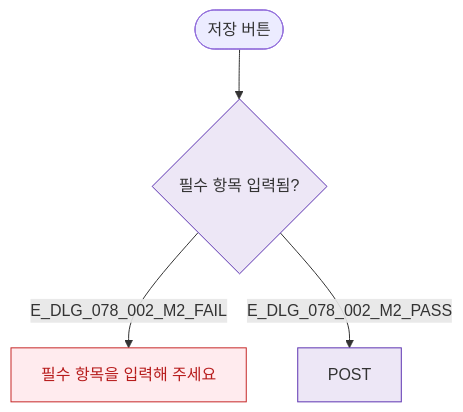
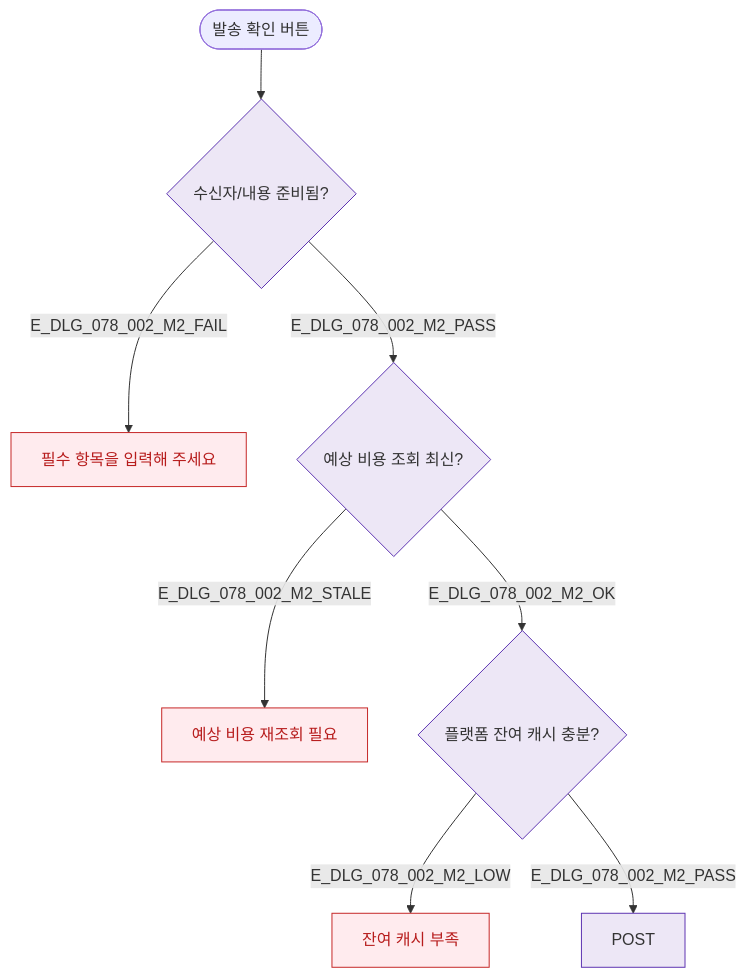
Before and after one commit to dev-spogym/admin-pando: the diagram in docs/admin/다이어그램/D08_마케팅/DLG/DLG-078-002/M2_필드검증.md, drawn with Mermaid. The commit also changed other lines of this file and 25 other files, not shown here.

````diff
--- a/docs/admin/다이어그램/D08_마케팅/DLG/DLG-078-002/M2_필드검증.md
+++ b/docs/admin/다이어그램/D08_마케팅/DLG/DLG-078-002/M2_필드검증.md
@@ -12,12 +12,16 @@
 ```mermaid
 flowchart TD
-  SUBMIT([저장 버튼]) --> V_REQ{필수 항목 입력됨?}
+  SUBMIT([발송 확인 버튼]) --> V_REQ{수신자/내용 준비됨?}
   V_REQ -->|E_DLG_078_002_M2_FAIL|ERR[필수 항목을 입력해 주세요]
-  V_REQ -->|E_DLG_078_002_M2_PASS|API[POST]
+  V_REQ -->|E_DLG_078_002_M2_PASS|V_SYNC{예상 비용 조회 최신?}
+  V_SYNC -->|E_DLG_078_002_M2_STALE|ERR_SYNC[예상 비용 재조회 필요]
+  V_SYNC -->|E_DLG_078_002_M2_OK|V_BAL{플랫폼 잔여 캐시 충분?}
+  V_BAL -->|E_DLG_078_002_M2_LOW|ERR_BAL[잔여 캐시 부족]
+  V_BAL -->|E_DLG_078_002_M2_PASS|API[POST]
 
   classDef error fill:#FFEBEE,stroke:#C62828,color:#B71C1C
   classDef system fill:#EDE7F6,stroke:#5E35B2
 
-  class ERR error
-  class V_REQ,API system
+  class ERR,ERR_SYNC,ERR_BAL error
+  class V_REQ,V_SYNC,V_BAL,API system
 ```
````
